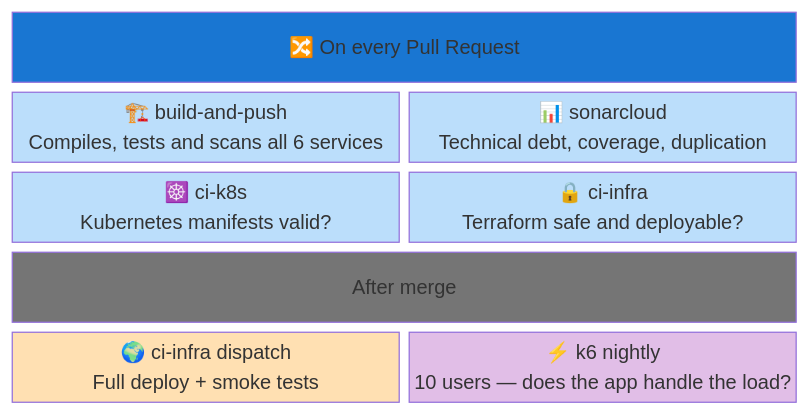
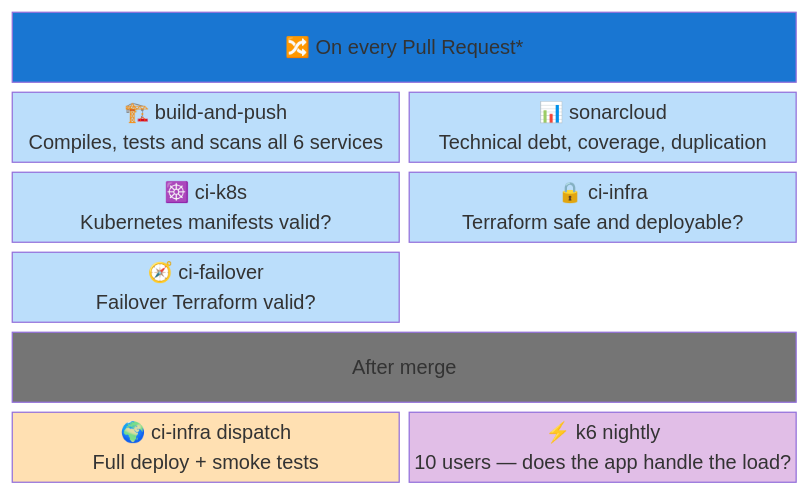
One commit to ClementV78/CloudRadar changed the fifth of 7 diagrams in docs/testing-overview-en.md. Above: the diagram before and after it, drawn with Mermaid. The commit also changed other lines of this file and 27 other files, not shown here.

````diff
--- a/docs/testing-overview-en.md
+++ b/docs/testing-overview-en.md
@@ -211,23 +211,27 @@
 ```mermaid
 block-beta
   columns 2
 
-  PR["🔀 On every Pull Request"]:2
+  PR["🔀 On every Pull Request*"]:2
   BAP["🏗️ build-and-push<br>Compiles, tests and scans all 6 services"]:1
   SQG["📊 sonarcloud<br>Technical debt, coverage, duplication"]:1
   CIK["☸️ ci-k8s<br>Kubernetes manifests valid?"]:1
   CII["🔒 ci-infra<br>Terraform safe and deployable?"]:1
+  CIF["🧭 ci-failover<br>Failover Terraform valid?"]:1
+  PR_SPACER[" "]:1
 
   POST["After merge"]:2
   CIID["🌍 ci-infra dispatch<br>Full deploy + smoke tests"]:1
   K6["⚡ k6 nightly<br>10 users — does the app handle the load?"]:1
 
   style PR fill:#1976d2,color:#fff
   style BAP fill:#bbdefb,color:#000
   style SQG fill:#bbdefb,color:#000
   style CIK fill:#bbdefb,color:#000
   style CII fill:#bbdefb,color:#000
+  style CIF fill:#bbdefb,color:#000
+  style PR_SPACER fill:transparent,stroke:transparent,color:transparent
   style POST fill:#757575,color:#fff
   style CIID fill:#ffe0b2,color:#000
   style K6 fill:#e1bee7,color:#000
 ```
````
